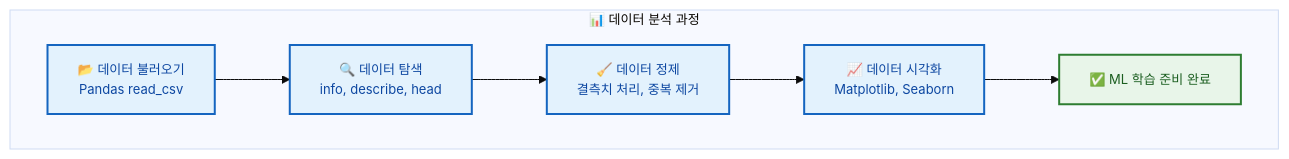
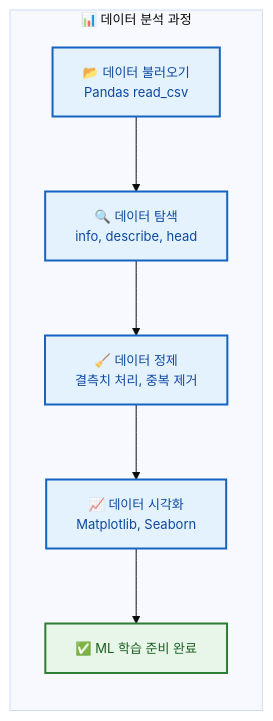
One commit to jingu279/Document changed the fifth of 18 diagrams in ai-programming/README.md. Above: the diagram before and after it, drawn with Mermaid. The commit also changed other lines of this file, not shown here.

First line of the commit message:
Fix all 18 README Mermaid figures: remove redundant direction, edges inside subgraphs

````diff
--- a/ai-programming/README.md
+++ b/ai-programming/README.md
@@ -202,19 +202,18 @@
 ```mermaid
 %%{init: {'theme': 'base', 'themeVariables': {'fontSize': '13px'}}}%%
 flowchart LR
   subgraph EDA[📊 데이터 분석 과정]
-    direction LR
     Load["📂 데이터 불러오기<br/>Pandas read_csv"]
     Explore["🔍 데이터 탐색<br/>info, describe, head"]
     Clean["🧹 데이터 정제<br/>결측치 처리, 중복 제거"]
     Viz["📈 데이터 시각화<br/>Matplotlib, Seaborn"]
     MLReady["✅ ML 학습 준비 완료"]
+  Load --> Explore --> Clean --> Viz --> MLReady
   end
 
-  Load --> Explore --> Clean --> Viz --> MLReady
 
   classDef step fill:#e3f2fd,stroke:#1565c0,stroke-width:2px,color:#0d47a1
   classDef done fill:#e8f5e9,stroke:#2e7d32,stroke-width:2px,color:#1b5e20
   class Load,Explore,Clean,Viz step
   class MLReady done
 ```
````
